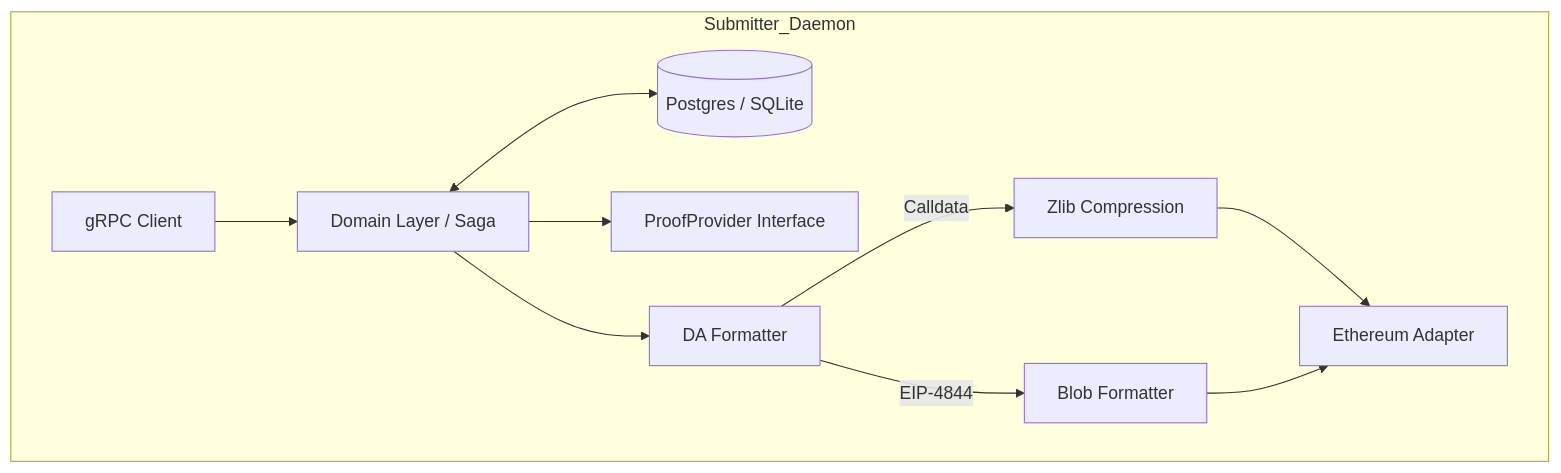
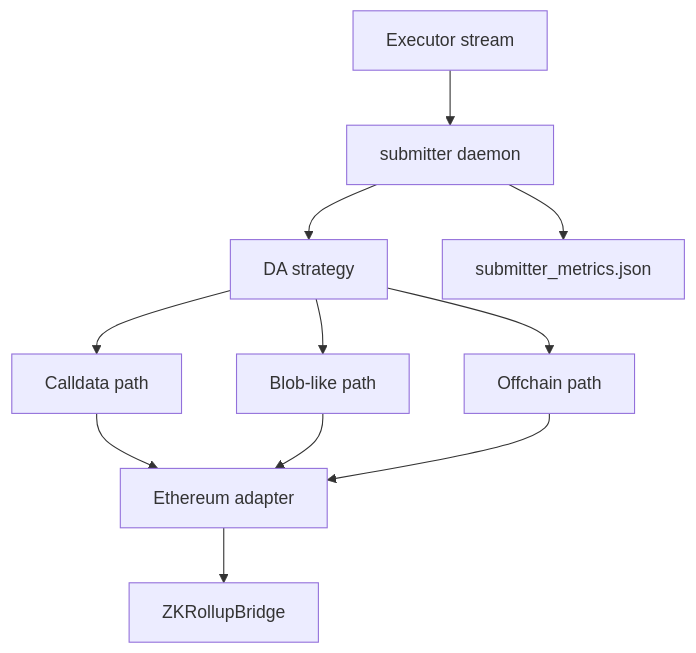
One commit to RollupX-FYP/rollupx-full-zk-rollup changed the diagram in docs/submitter.md. Above: the diagram before and after it, drawn with Mermaid. The commit also changed other lines of this file and 8 other files, not shown here.

````diff
--- a/docs/submitter.md
+++ b/docs/submitter.md
@@ -20,16 +7,13 @@
 ```mermaid
 flowchart TD
-    subgraph Submitter_Daemon
-        GRPC[gRPC Client] --> DOM[Domain Layer / Saga]
-        
-        DOM <--> DB[(Postgres / SQLite)]
-        DOM --> PROV[ProofProvider Interface]
-        
-        DOM --> DA_FMT[DA Formatter]
-        DA_FMT -->|Calldata| COMP[Zlib Compression]
-        DA_FMT -->|EIP-4844| BLOB[Blob Formatter]
-        
-        COMP --> ETH[Ethereum Adapter]
-        BLOB --> ETH
-    end
+    EXEC[Executor stream] --> DAEMON[submitter daemon]
+    DAEMON --> DA[DA strategy]
+    DA --> CALLDATA[Calldata path]
+    DA --> BLOB[Blob-like path]
+    DA --> OFFCHAIN[Offchain path]
+    CALLDATA --> ETH[Ethereum adapter]
+    BLOB --> ETH
+    OFFCHAIN --> ETH
+    ETH --> BRIDGE[ZKRollupBridge]
+    DAEMON --> MET[submitter_metrics.json]
 ```
````
